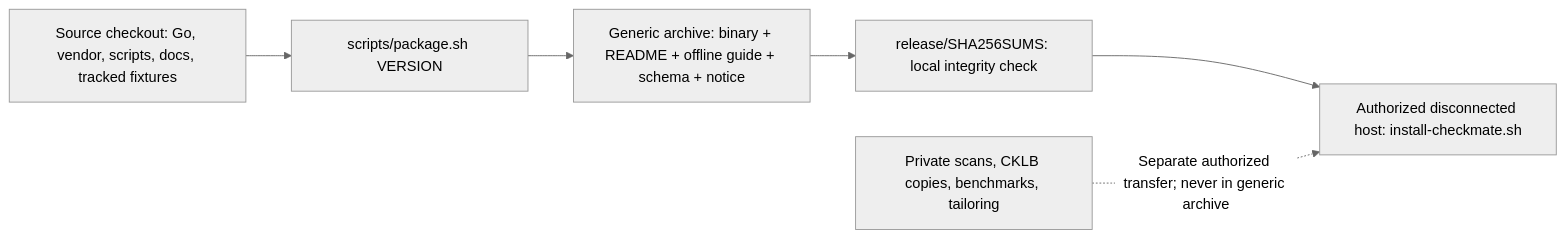
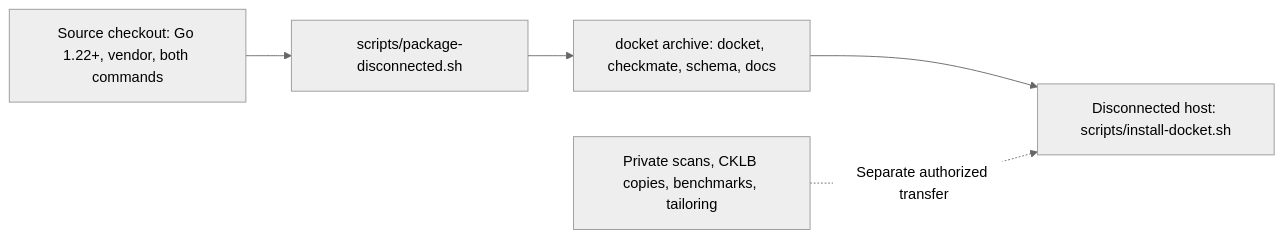
Before and after one commit to zcook44/burden-of-proof: the second of 2 diagrams in cmd/checkmate/README.md, drawn with Mermaid (neutral theme). The commit also changed other lines of this file and 718 other files, not shown here.

````diff
--- a/cmd/checkmate/README.md
+++ b/cmd/checkmate/README.md
@@ -188,8 +176,7 @@
 ```mermaid
 flowchart LR
-    source["Source checkout: Go, vendor, scripts, docs, tracked fixtures"] --> pack["scripts/package.sh VERSION"]
-    pack --> generic["Generic archive: binary + README + offline guide + schema + notice"]
-    generic --> checksum["release/SHA256SUMS: local integrity check"]
-    checksum --> offline["Authorized disconnected host: install-checkmate.sh"]
-    private["Private scans, CKLB copies, benchmarks, tailoring"] -.->|Separate authorized transfer; never in generic archive| offline
+    source["Source checkout: Go 1.22+, vendor, both commands"] --> pack["scripts/package-disconnected.sh"]
+    pack --> generic["docket archive: docket, checkmate, schema, docs"]
+    generic --> offline["Disconnected host: scripts/install-docket.sh"]
+    private["Private scans, CKLB copies, benchmarks, tailoring"] -.->|Separate authorized transfer| offline
 ```
````
